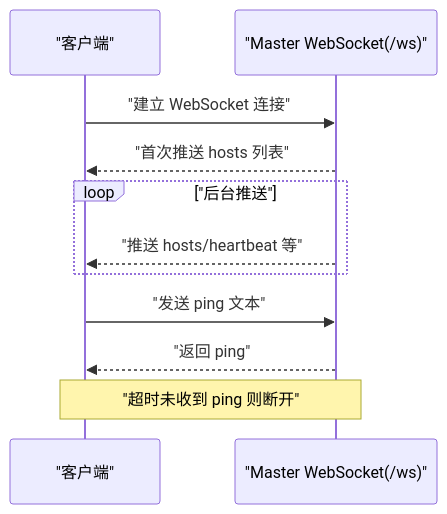
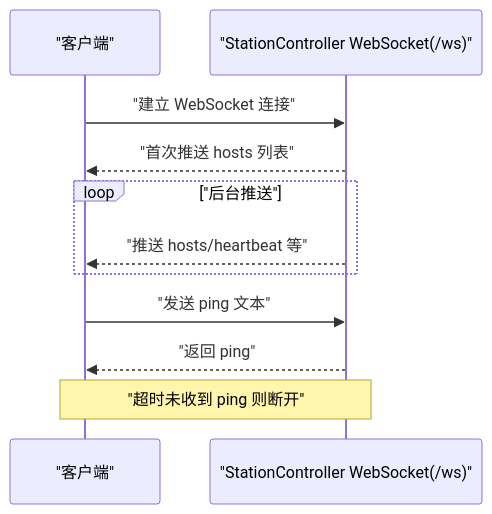
The sixth of 14 diagrams in .qoder/repowiki/zh/content/架构设计/架构设计.md (targalian/Personal-distributed-workstation), drawn with Mermaid before and after one commit. The commit also changed other lines of this file and 85 other files, not shown here.

````diff
--- a/.qoder/repowiki/zh/content/架构设计/架构设计.md
+++ b/.qoder/repowiki/zh/content/架构设计/架构设计.md
@@ -457,13 +493,13 @@
 ```mermaid
 sequenceDiagram
 participant C as "客户端"
-participant S as "Master WebSocket(/ws)"
+participant S as "StationController WebSocket(/ws)"
 C->>S : "建立 WebSocket 连接"
 S-->>C : "首次推送 hosts 列表"
 loop "后台推送"
 S-->>C : "推送 hosts/heartbeat 等"
 end
 C->>S : "发送 ping 文本"
 S-->>C : "返回 ping"
 Note over C,S : "超时未收到 ping 则断开"
 ```
````
